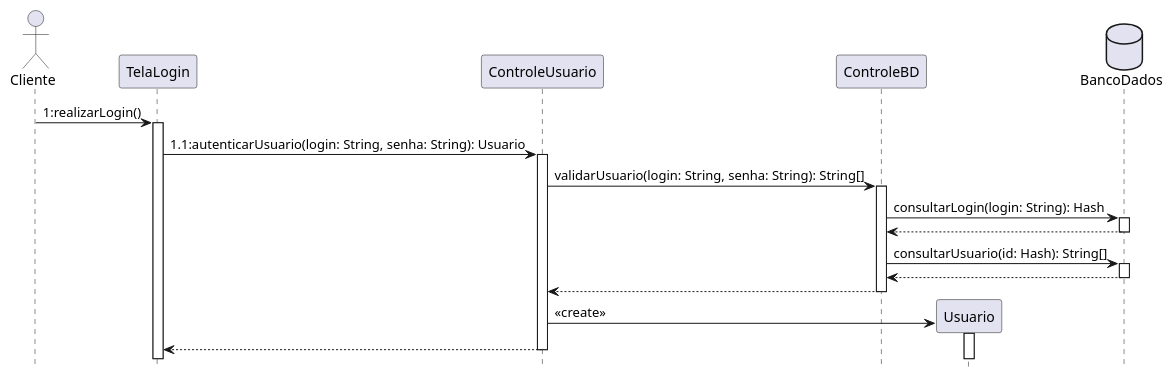
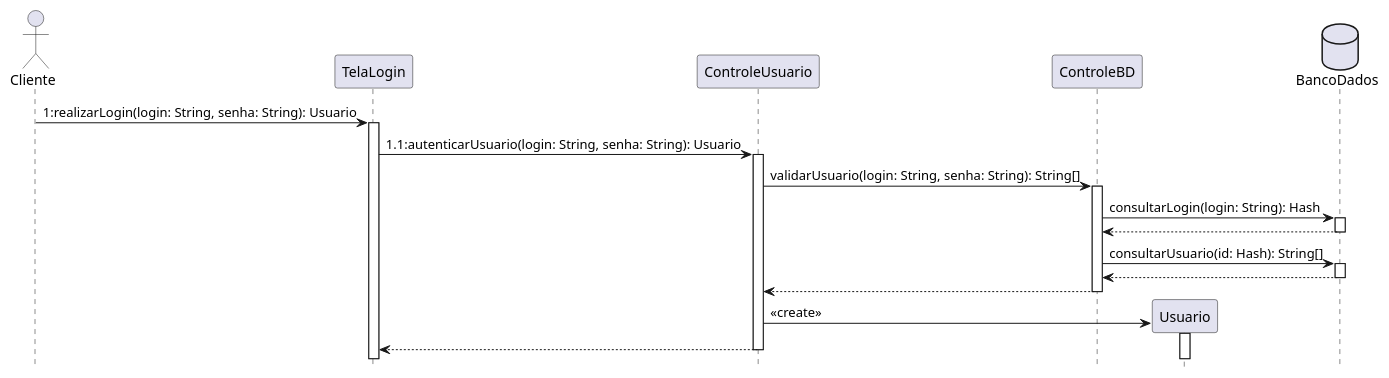
One commit to Nicolas-Emanuel7/Atividades-APS changed the diagram in diagrama-sequencia/autenticacao.puml. Above: the diagram before and after it, drawn with PlantUML. The commit also changed 16 other files, not shown here.

Commit message:
feat: adiciona diagrama de sequencia das especificações

```diff
--- a/diagrama-sequencia/autenticacao.puml
+++ b/diagrama-sequencia/autenticacao.puml
@@ -1,40 +1,42 @@
 @startuml
 hide footbox
 
 actor Cliente as cliente
 participant TelaLogin as tela_login
 participant ControleUsuario as controle_usuario
 participant ControleBD as controle_bd
 participant Usuario as usuario
 database BancoDados as bd
 
-cliente -> tela_login: 1:realizarLogin()
+cliente -> tela_login: 1:realizarLogin(login: String, senha: String): Usuario
 activate tela_login
 
 tela_login -> controle_usuario: 1.1:autenticarUsuario(login: String, senha: String): Usuario
 activate controle_usuario
 
 controle_usuario -> controle_bd: validarUsuario(login: String, senha: String): String[]
 activate controle_bd
 
 controle_bd -> bd: consultarLogin(login: String): Hash
 activate bd
 
 bd --> controle_bd
 deactivate bd
 
 controle_bd -> bd: consultarUsuario(id: Hash): String[]
 activate bd
 
 bd --> controle_bd
 deactivate bd
 
 controle_bd --> controle_usuario
 deactivate controle_bd
 
 controle_usuario -> usuario **: <<create>>
 activate usuario
+
 controle_usuario --> tela_login
 deactivate controle_usuario
 
+
 @enduml
```
